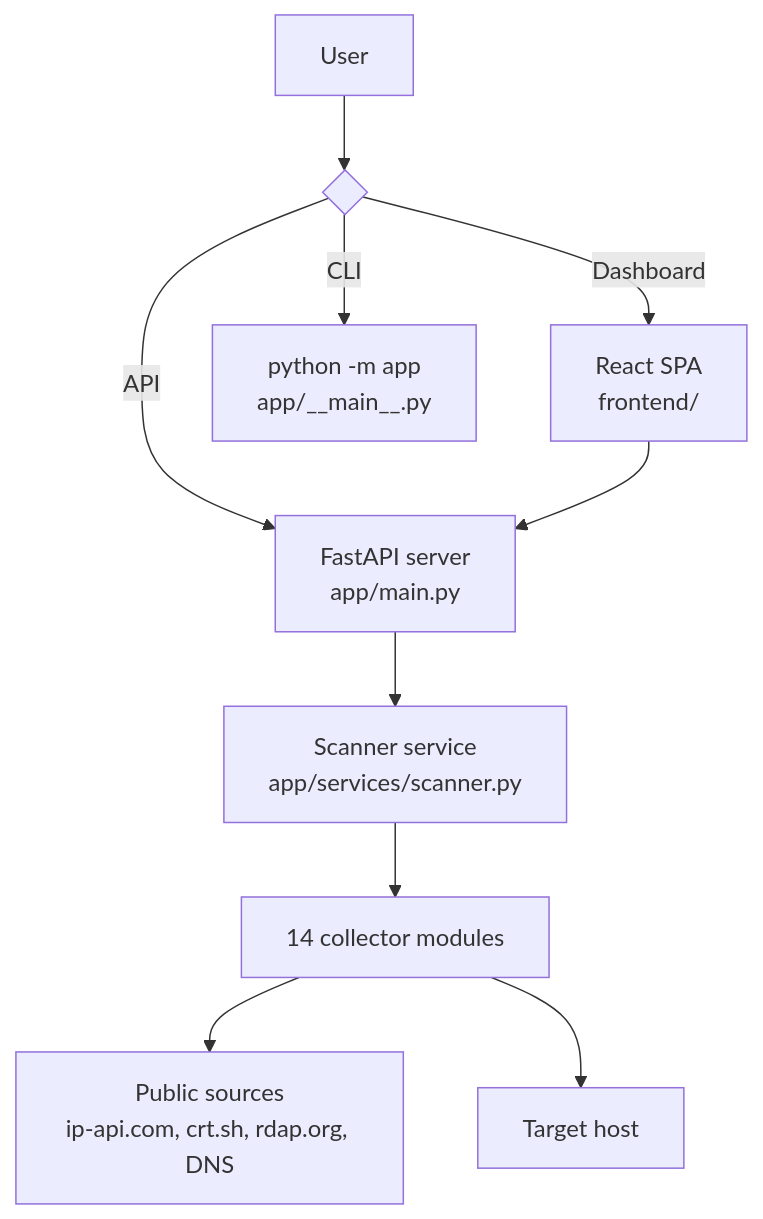
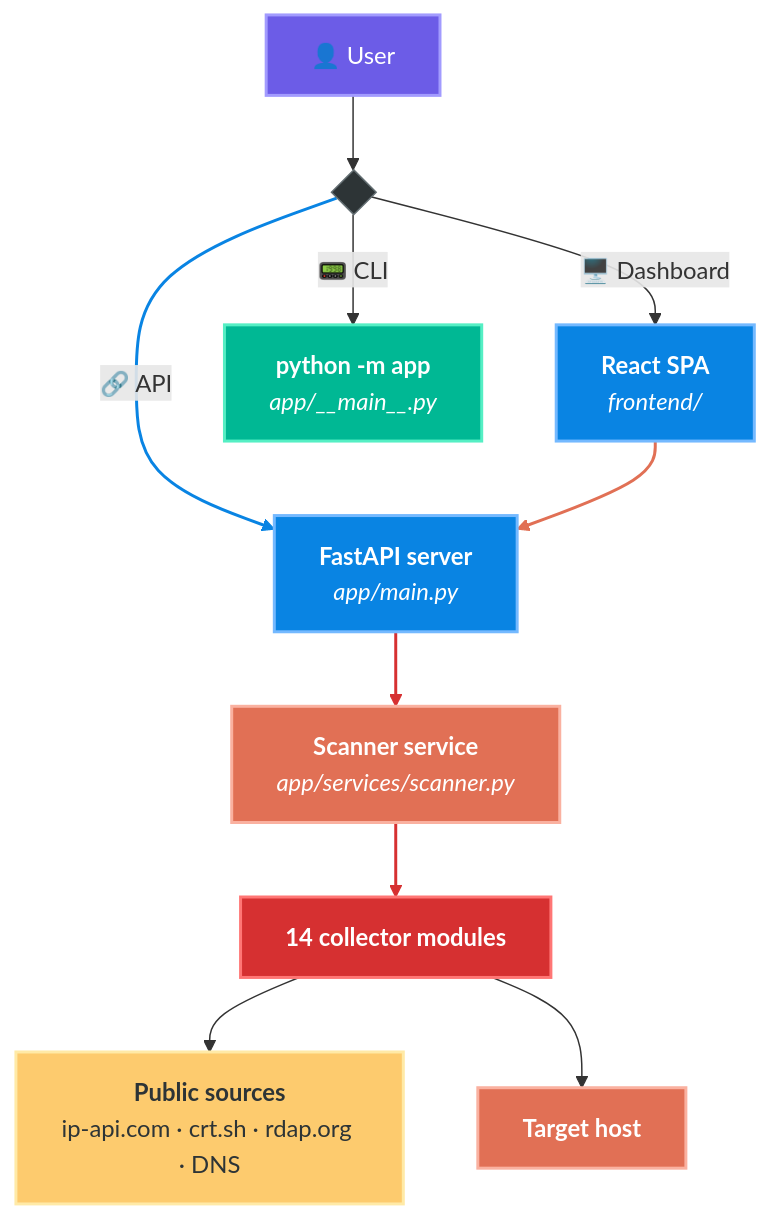
The diagram in README.md (zanesense/geointel), drawn with Mermaid before and after one commit.

Commit message:
Colorful Mermaid architecture graph with emoji labels

````diff
--- a/README.md
+++ b/README.md
@@ -67,12 +67,29 @@
 ```mermaid
 flowchart TD
-    U[User] --> D{" "}
-    D -- Dashboard --> R[React SPA<br/>frontend/]
-    D -- CLI --> C[python -m app<br/>app/__main__.py]
-    D -- API --> F[FastAPI server<br/>app/main.py]
+    U[👤 User] --> D{ }
+
+    D -- "🖥️ Dashboard" --> R["<b>React SPA</b><br/><i>frontend/</i>"]
+    D -- "📟 CLI" --> C["<b>python -m app</b><br/><i>app/__main__.py</i>"]
+    D -- "🔗 API" --> F["<b>FastAPI server</b><br/><i>app/main.py</i>"]
+
     R --> F
-    F --> S[Scanner service<br/>app/services/scanner.py]
-    S --> M[14 collector modules]
-    M --> P[Public sources<br/>ip-api.com, crt.sh, rdap.org, DNS]
-    M --> T[Target host]
+    F --> S["<b>Scanner service</b><br/><i>app/services/scanner.py</i>"]
+    S --> M["<b>14 collector modules</b>"]
+
+    M --> P["<b>Public sources</b><br/>ip‑api.com · crt.sh · rdap.org · DNS"]
+    M --> T["<b>Target host</b>"]
+
+    style U fill:#6c5ce7,stroke:#a29bfe,color:#fff,stroke-width:2px
+    style D fill:#2d3436,stroke:#636e72,color:#dfe6e9,stroke-width:1px
+    style R fill:#0984e3,stroke:#74b9ff,color:#fff,stroke-width:2px
+    style C fill:#00b894,stroke:#55efc4,color:#fff,stroke-width:2px
+    style F fill:#0984e3,stroke:#74b9ff,color:#fff,stroke-width:2px
+    style S fill:#e17055,stroke:#fab1a0,color:#fff,stroke-width:2px
+    style M fill:#d63031,stroke:#ff7675,color:#fff,stroke-width:2px
+    style P fill:#fdcb6e,stroke:#ffeaa7,color:#2d3436,stroke-width:2px
+    style T fill:#e17055,stroke:#fab1a0,color:#fff,stroke-width:2px
+
+    linkStyle 3 stroke:#0984e3,stroke-width:2px
+    linkStyle 4 stroke:#e17055,stroke-width:2px
+    linkStyle 5,6 stroke:#d63031,stroke-width:2px
 ```
````
